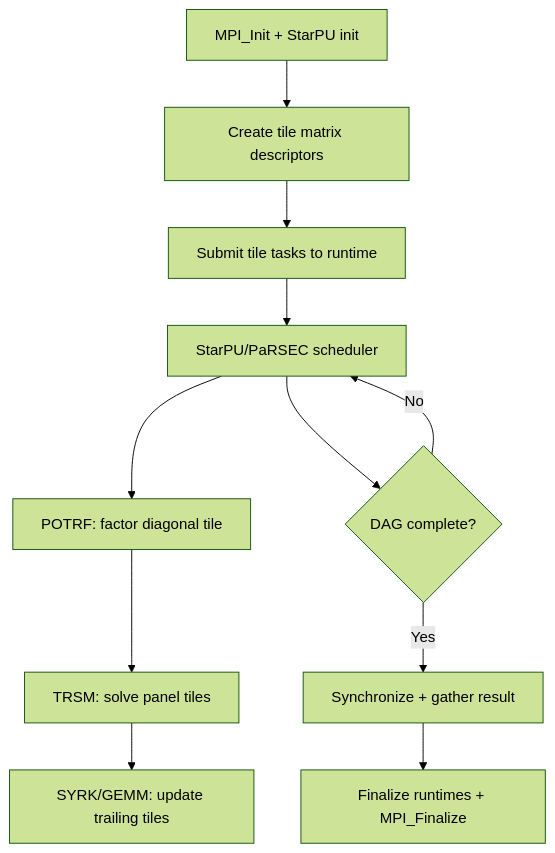
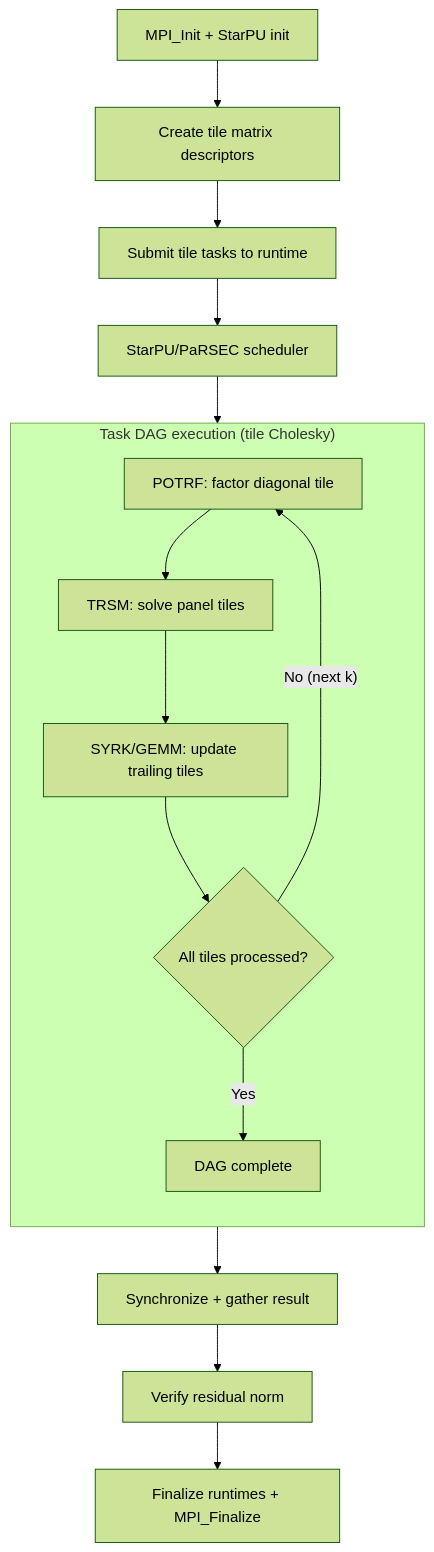
One commit to ngduchai/guard-agent changed the diagram in tests/apps/docs/Chameleon/computation_flow.md. Above: the diagram before and after it, drawn with Mermaid (forest theme). The commit also changed other lines of this file and 19 other files, not shown here.

First line of the commit message:
docs: fix all computation flow diagrams and add output comparison guide

````diff
--- a/tests/apps/docs/Chameleon/computation_flow.md
+++ b/tests/apps/docs/Chameleon/computation_flow.md
@@ -7,13 +8,22 @@
 ```mermaid
 flowchart TD
     A[MPI_Init + StarPU init] --> B[Create tile matrix descriptors]
     B --> C[Submit tile tasks to runtime]
     C --> D[StarPU/PaRSEC scheduler]
-    D --> D1[POTRF: factor diagonal tile]
-    D1 --> D2[TRSM: solve panel tiles]
-    D2 --> D3[SYRK/GEMM: update trailing tiles]
-    D --> E{DAG complete?}
-    E -->|No| D
-    E -->|Yes| F[Synchronize + gather result]
+
+    subgraph dag ["Task DAG execution (tile Cholesky)"]
+        direction TB
+        T1["POTRF: factor diagonal tile"]
+        T2["TRSM: solve panel tiles"]
+        T3["SYRK/GEMM: update trailing tiles"]
+        T4{All tiles processed?}
+        T1 --> T2 --> T3 --> T4
+        T4 -->|"No (next k)"| T1
+        T4 -->|Yes| T5[DAG complete]
+    end
+
+    D --> T1
+    T5 --> E[Synchronize + gather result]
+    E --> F[Verify residual norm]
     F --> G[Finalize runtimes + MPI_Finalize]
 ```
````
